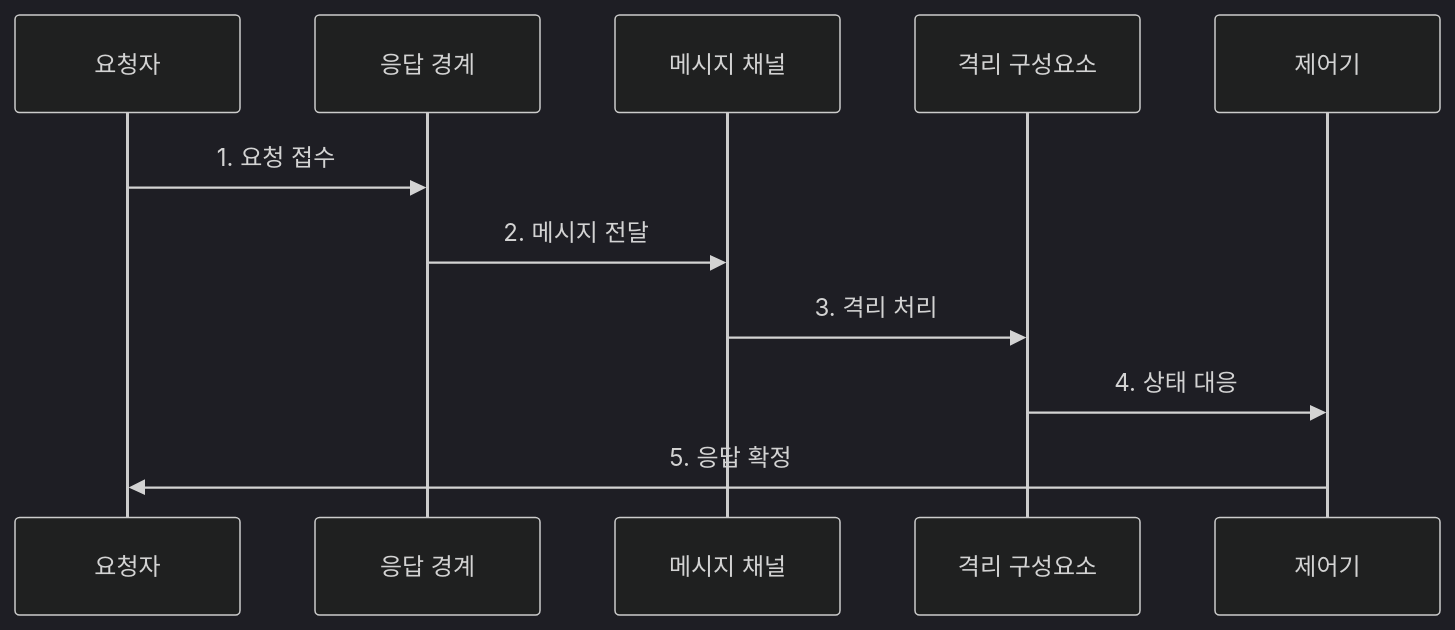
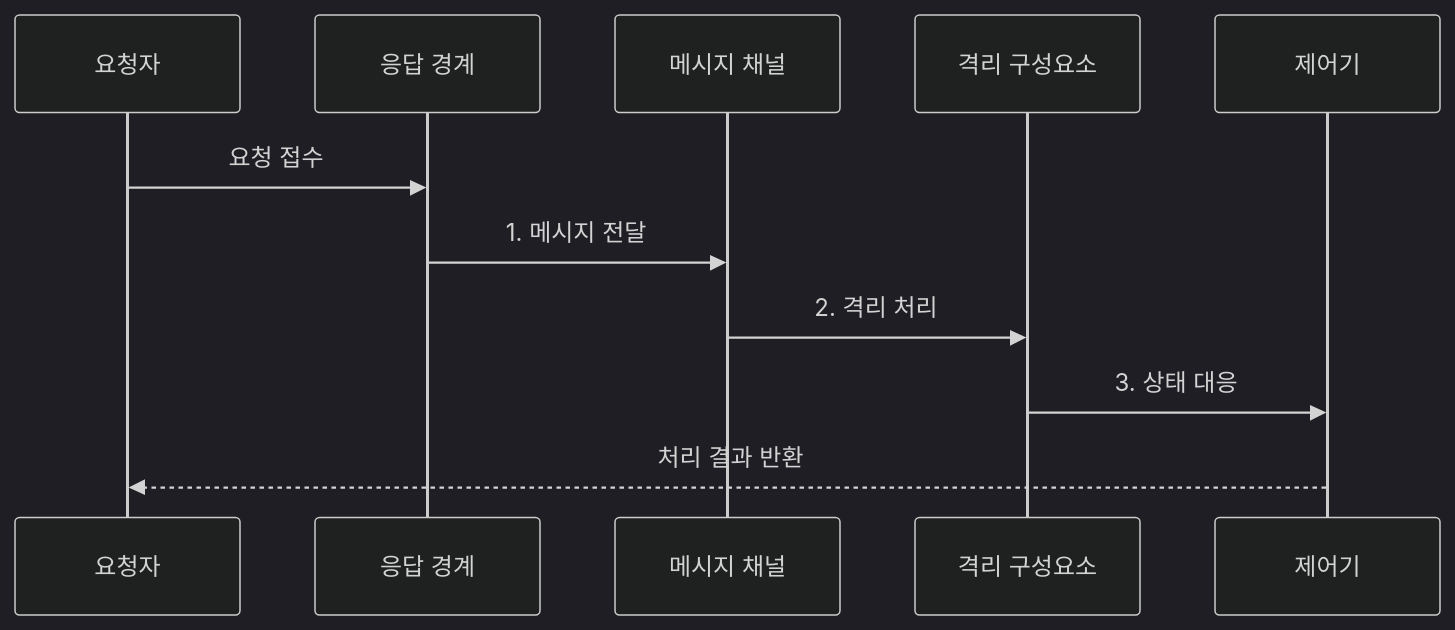
The second of 2 diagrams in src/content/docs/notes/08-latest-tech/168_reactive_system.md (agnusdei1207/knowledge-base), drawn with Mermaid (dark theme) before and after one commit. The commit also changed other lines of this file and 225 other files, not shown here.

````diff
--- a/src/content/docs/notes/08-latest-tech/168_reactive_system.md
+++ b/src/content/docs/notes/08-latest-tech/168_reactive_system.md
@@ -78,13 +78,13 @@
 ```mermaid
 sequenceDiagram
   participant U as 요청자
   participant G as 응답 경계
   participant M as 메시지 채널
   participant W as 격리 구성요소
   participant C as 제어기
-  U->>G: 1. 요청 접수
-  G->>M: 2. 메시지 전달
-  M->>W: 3. 격리 처리
-  W->>C: 4. 상태 대응
-  C->>U: 5. 응답 확정
+  U->>G: 요청 접수
+  G->>M: 1. 메시지 전달
+  M->>W: 2. 격리 처리
+  W->>C: 3. 상태 대응
+  C-->>U: 처리 결과 반환
 ```
````
